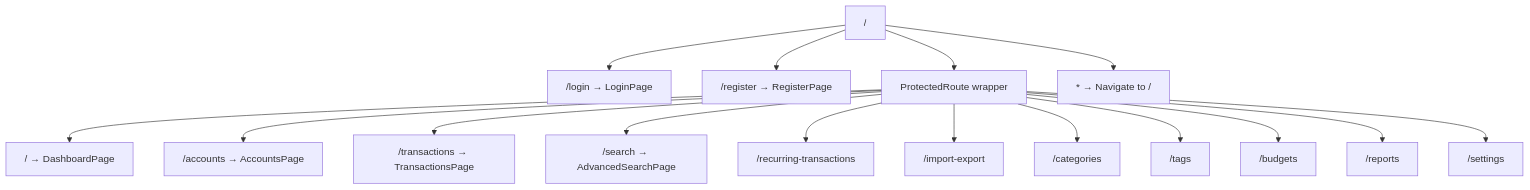
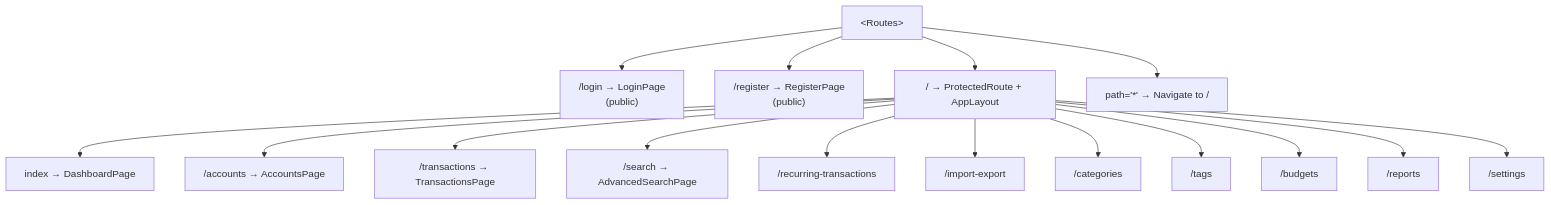
Before and after one commit to kattelsameer/finance-tracker: the diagram in docs/development/FRONTEND_GUIDE.md, drawn with Mermaid. The commit also changed other lines of this file and 10 other files, not shown here.

Commit message:
docs: fix CI pipeline diagram, routing diagram, ProfilePage route, CSRF docs, cookie attributes, add Login endpoint, update dates

````diff
--- a/docs/development/FRONTEND_GUIDE.md
+++ b/docs/development/FRONTEND_GUIDE.md
@@ -52,35 +54,35 @@
 ```mermaid
 graph TD
-    Root["/"]
-    Login["/login → LoginPage"]
-    Register["/register → RegisterPage"]
-    PR["ProtectedRoute wrapper"]
-    Dash["/ → DashboardPage"]
+    Routes["&lt;Routes&gt;"]
+    Login["/login → LoginPage<br/>(public)"]
+    Register["/register → RegisterPage<br/>(public)"]
+    Protected["/ → ProtectedRoute + AppLayout"]
+    Dash["index → DashboardPage"]
     Acct["/accounts → AccountsPage"]
     Txn["/transactions → TransactionsPage"]
     Search["/search → AdvancedSearchPage"]
     Recur["/recurring-transactions"]
     IE["/import-export"]
     Cat["/categories"]
     Tags["/tags"]
     Budgets["/budgets"]
     Reports["/reports"]
     Settings["/settings"]
-    Wildcard["* → Navigate to /"]
+    Wildcard["path='*' → Navigate to /"]
 
-    Root --> Login
-    Root --> Register
-    Root --> PR
-    PR --> Dash
-    PR --> Acct
-    PR --> Txn
-    PR --> Search
-    PR --> Recur
-    PR --> IE
-    PR --> Cat
-    PR --> Tags
-    PR --> Budgets
-    PR --> Reports
-    PR --> Settings
-    Root --> Wildcard
+    Routes --> Login
+    Routes --> Register
+    Routes --> Protected
+    Routes --> Wildcard
+    Protected --> Dash
+    Protected --> Acct
+    Protected --> Txn
+    Protected --> Search
+    Protected --> Recur
+    Protected --> IE
+    Protected --> Cat
+    Protected --> Tags
+    Protected --> Budgets
+    Protected --> Reports
+    Protected --> Settings
 ```
````
